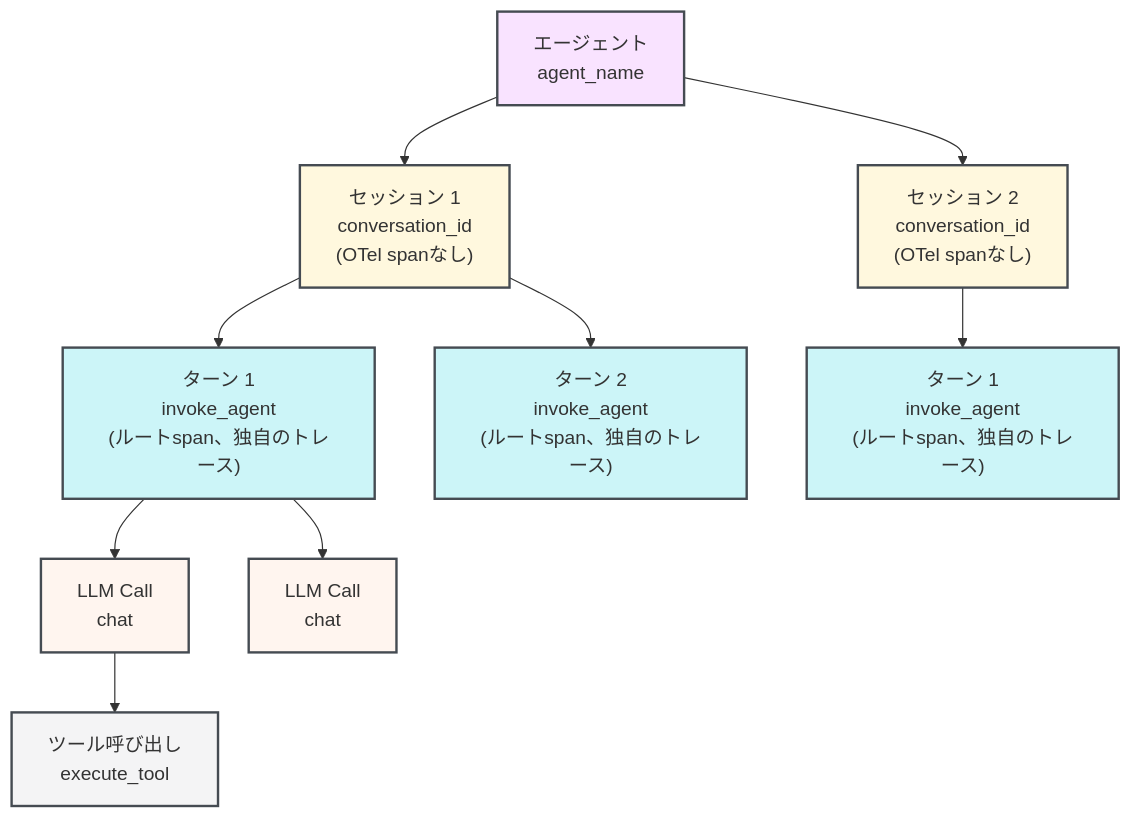
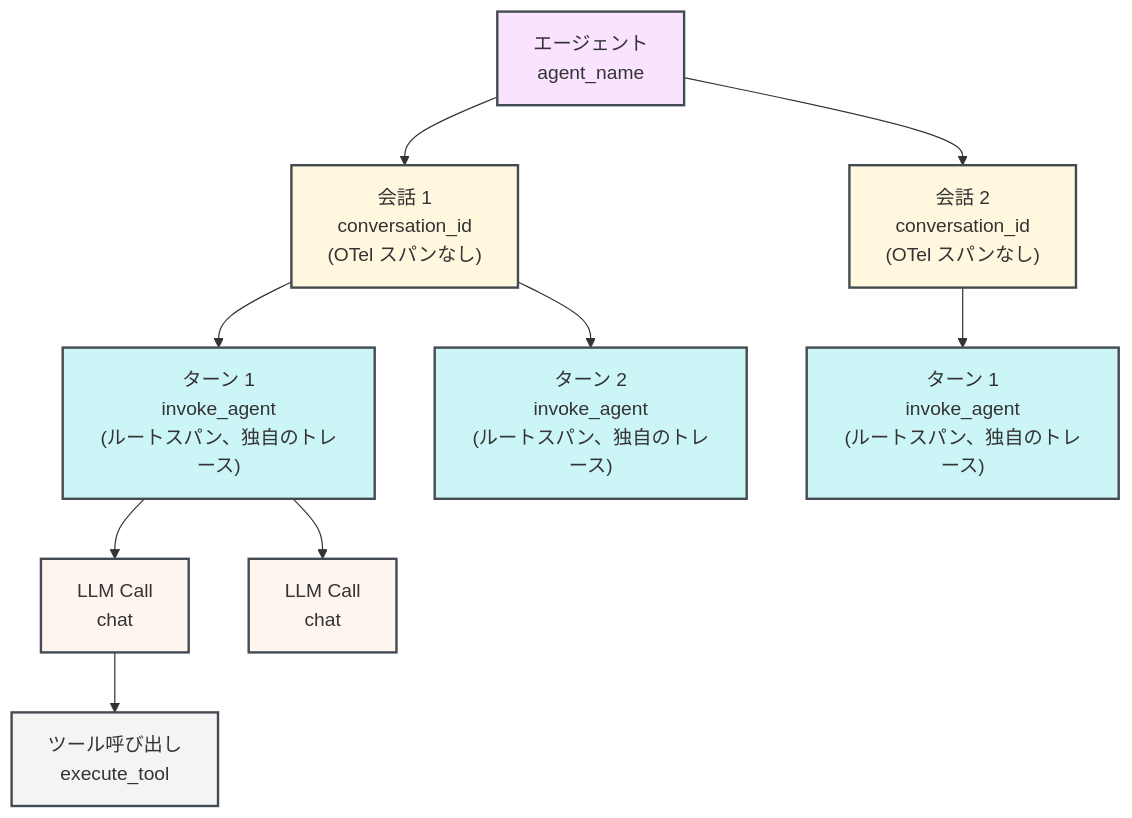
One commit to wandb/docs changed the diagram in ja/weave/guides/tracking/trace-agents.mdx. Above: the diagram before and after it, drawn with Mermaid. The commit also changed other lines of this file and 361 other files, not shown here.

````diff
--- a/ja/weave/guides/tracking/trace-agents.mdx
+++ b/ja/weave/guides/tracking/trace-agents.mdx
@@ -77,34 +77,34 @@
 ```mermaid
 flowchart TB
     Agent["エージェント<br/>agent_name"]
 
     Agent --> S1 & S2
 
-    S1["セッション 1<br/>conversation_id<br/>(OTel spanなし)"]
-    S2["セッション 2<br/>conversation_id<br/>(OTel spanなし)"]
+    S1["会話 1<br/>conversation_id<br/>(OTel スパンなし)"]
+    S2["会話 2<br/>conversation_id<br/>(OTel スパンなし)"]
 
     S1 --> T1 & T2
     S2 --> T3
 
-    T1["ターン 1<br/>invoke_agent<br/>(ルートspan、独自のトレース)"]
-    T2["ターン 2<br/>invoke_agent<br/>(ルートspan、独自のトレース)"]
-    T3["ターン 1<br/>invoke_agent<br/>(ルートspan、独自のトレース)"]
+    T1["ターン 1<br/>invoke_agent<br/>(ルートスパン、独自のトレース)"]
+    T2["ターン 2<br/>invoke_agent<br/>(ルートスパン、独自のトレース)"]
+    T3["ターン 1<br/>invoke_agent<br/>(ルートスパン、独自のトレース)"]
 
     T1 --> L1 & L2
     L1["LLM Call<br/>chat"]
     L2["LLM Call<br/>chat"]
 
     L1 --> Tool1["ツール呼び出し<br/>execute_tool"]
 
     classDef agent fill:#DE72FF33,stroke:#454B52,stroke-width:2px
-    classDef session fill:#FFD95C33,stroke:#454B52,stroke-width:2px
+    classDef conversation fill:#FFD95C33,stroke:#454B52,stroke-width:2px
     classDef turn fill:#00CDDB33,stroke:#454B52,stroke-width:2px
     classDef llm fill:#FFCBAD33,stroke:#454B52,stroke-width:2px
     classDef tool fill:#f4f4f5,stroke:#454B52,stroke-width:2px
 
     class Agent agent
-    class S1,S2 session
+    class S1,S2 conversation
     class T1,T2,T3 turn
     class L1,L2 llm
     class Tool1 tool
 ```
````
